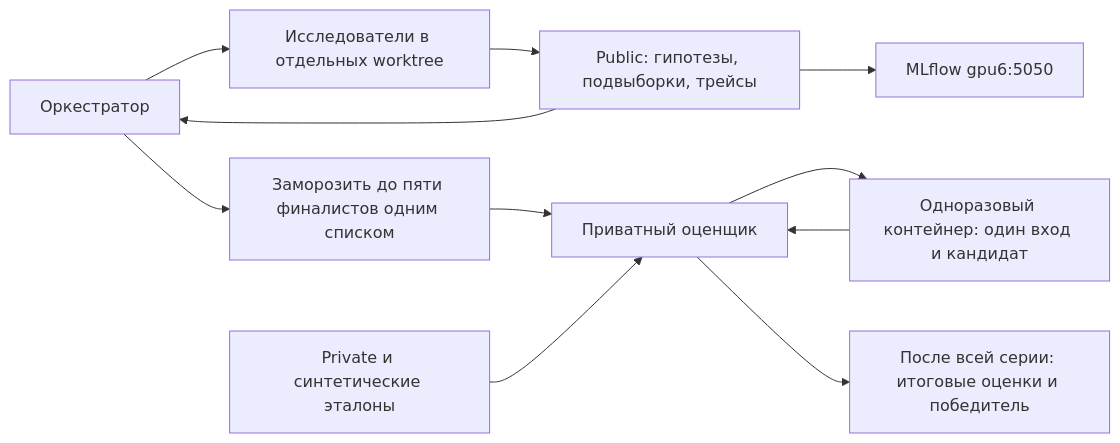
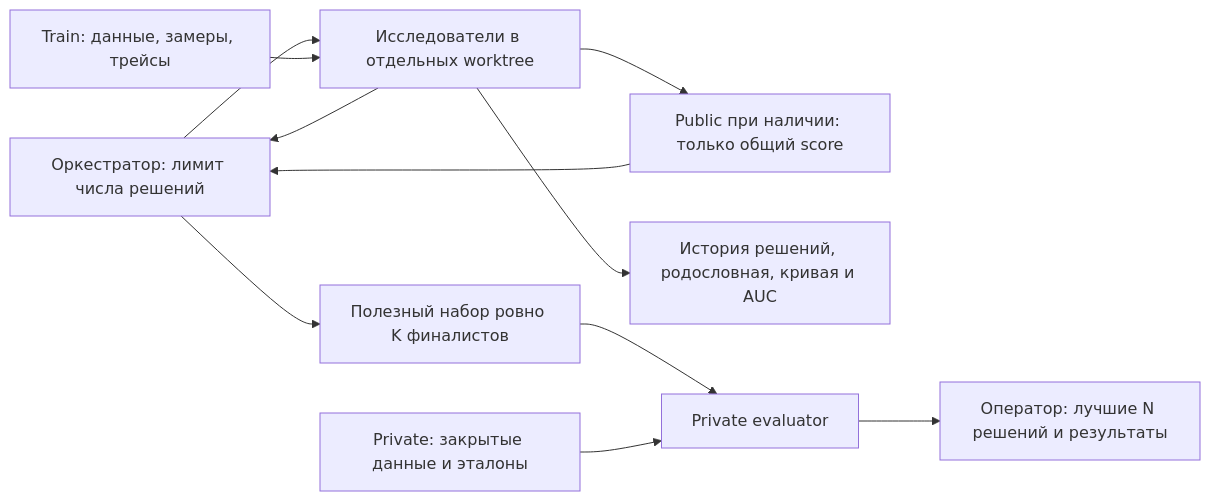
The diagram in README.md (deeppavlov/arena), drawn with Mermaid before and after one commit. The commit also changed other lines of this file and 47 other files, not shown here.

````diff
--- a/README.md
+++ b/README.md
@@ -7,13 +7,13 @@
 ```mermaid
 flowchart LR
-    O[Оркестратор] --> W[Исследователи в отдельных worktree]
-    W --> P[Public: гипотезы, подвыборки, трейсы]
+    O[Оркестратор: лимит числа решений] --> W[Исследователи в отдельных worktree]
+    T[Train: данные, замеры, трейсы] --> W
+    W --> P[Public при наличии: только общий score]
     P --> O
-    P --> M[MLflow gpu6:5050]
-    O --> F[Заморозить до пяти финалистов одним списком]
-    F --> E[Приватный оценщик]
-    E --> R[Одноразовый контейнер: один вход и кандидат]
-    R --> E
-    D[Private и синтетические эталоны] --> E
-    E --> A[После всей серии: итоговые оценки и победитель]
+    W --> J[История решений, родословная, кривая и AUC]
+    W --> O
+    O --> F[Полезный набор ровно K финалистов]
+    F --> E[Private evaluator]
+    D[Private: закрытые данные и эталоны] --> E
+    E --> A[Оператор: лучшие N решений и результаты]
 ```
````
